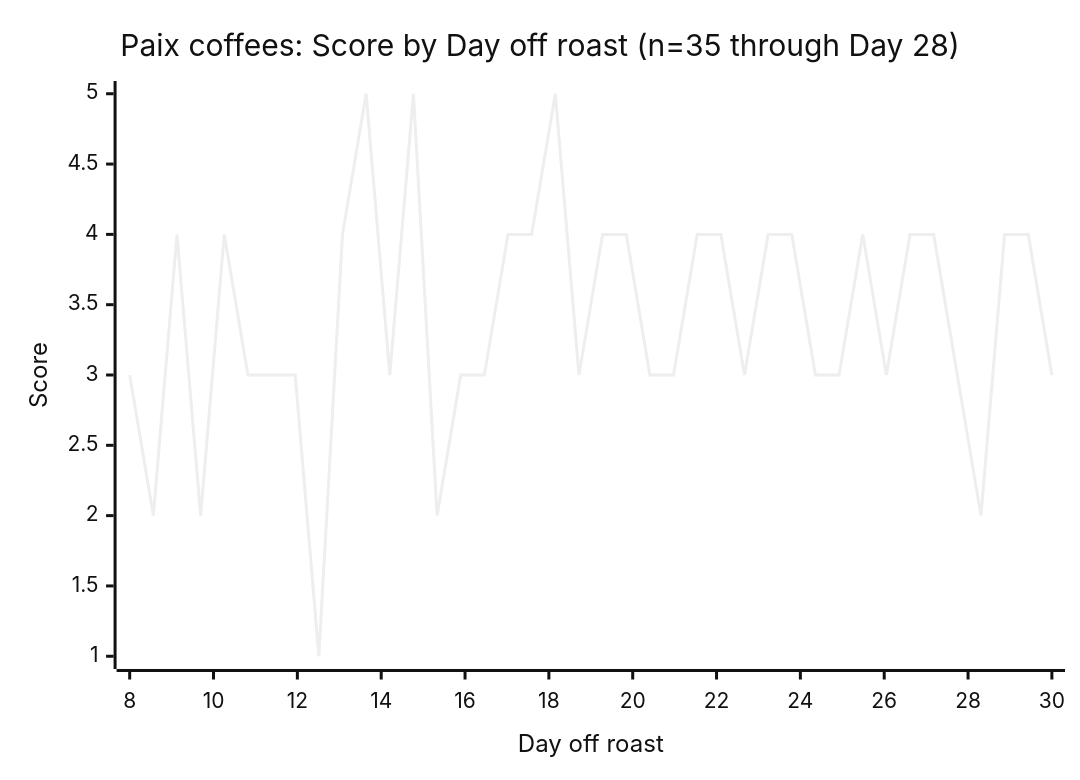
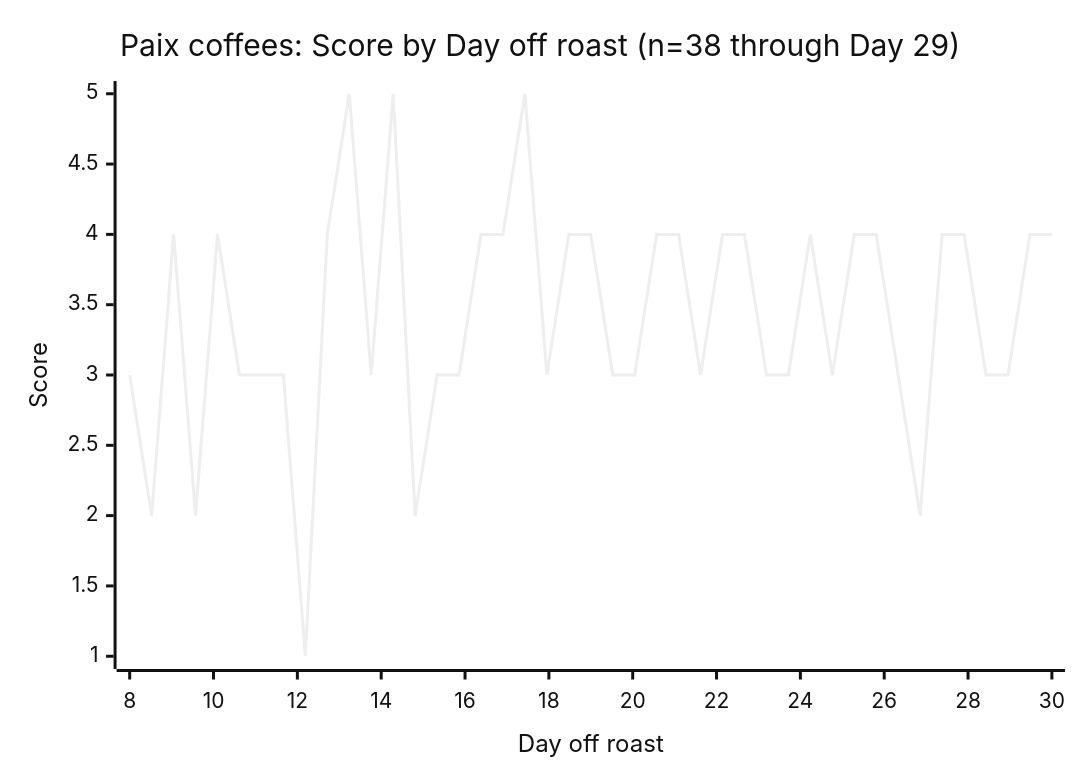
One commit to manuscriptmastr/coffee-journal changed the fifth of 7 diagrams in joshua-martin/profile.md. Above: the diagram before and after it, drawn with Mermaid (neutral theme). The commit also changed other lines of this file and 1 other file, not shown here.

Commit message:
Refit Paix per-coffee slopes through D29; Blue↔Blossom swap, 3 new anchors

````diff
--- a/joshua-martin/profile.md
+++ b/joshua-martin/profile.md
@@ -392,7 +397,7 @@
 ```mermaid
 xychart-beta
-    title "Paix coffees: Score by Day off roast (n=35 through Day 28)"
+    title "Paix coffees: Score by Day off roast (n=38 through Day 29)"
     x-axis "Day off roast" 8 --> 30
     y-axis "Score" 1 --> 5
-    line [3, 2, 4, 2, 4, 3, 3, 3, 1, 4, 5, 3, 5, 2, 3, 3, 4, 4, 5, 3, 4, 4, 3, 3, 4, 4, 3, 4, 4, 3, 3, 4, 3, 4, 4, 3, 2, 4, 4, 3]
+    line [3, 2, 4, 2, 4, 3, 3, 3, 1, 4, 5, 3, 5, 2, 3, 3, 4, 4, 5, 3, 4, 4, 3, 3, 4, 4, 3, 4, 4, 3, 3, 4, 3, 4, 4, 3, 2, 4, 4, 3, 3, 4, 4]
 ```
````
